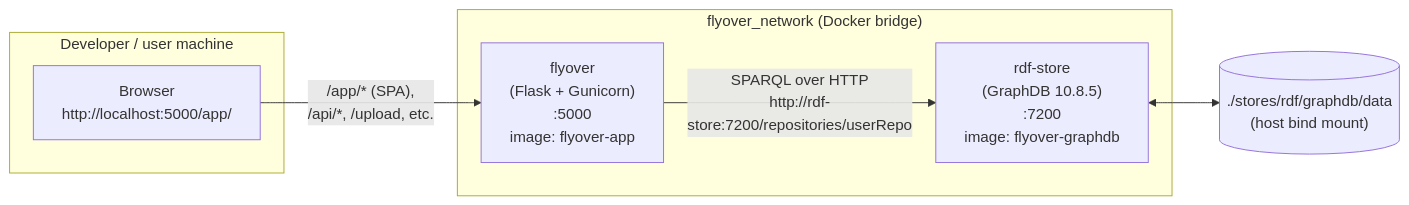
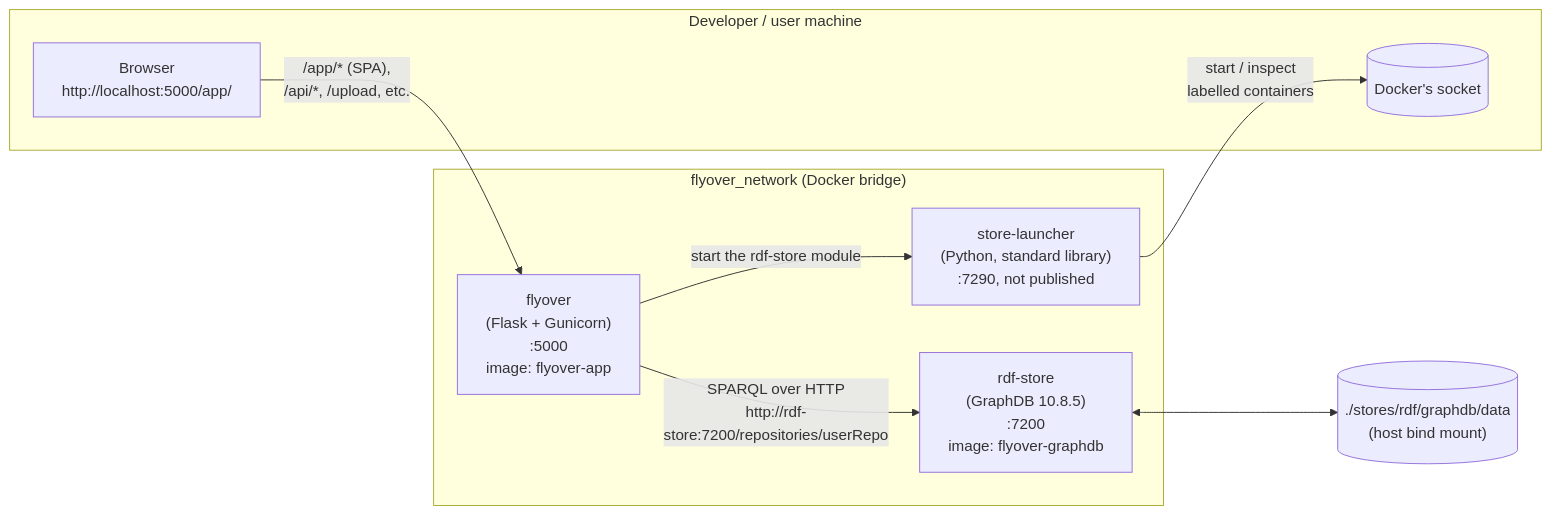
Before and after one commit to MaastrichtU-CDS/Flyover: the first of 3 diagrams in docs/architecture.md, drawn with Mermaid. The commit also changed other lines of this file and 16 other files, not shown here.

````diff
--- a/docs/architecture.md
+++ b/docs/architecture.md
@@ -9,14 +9,18 @@
 ```mermaid
 flowchart LR
     subgraph host["Developer / user machine"]
         browser["Browser<br/>http://localhost:5000/app/"]
+        docker[("Docker's socket")]
     end
     subgraph net["flyover_network (Docker bridge)"]
         flyover["flyover<br/>(Flask + Gunicorn)<br/>:5000<br/>image: flyover-app"]
+        launcher["store-launcher<br/>(Python, standard library)<br/>:7290, not published"]
         rdfstore["rdf-store<br/>(GraphDB 10.8.5)<br/>:7200<br/>image: flyover-graphdb"]
     end
     bind[("./stores/rdf/graphdb/data<br/>(host bind mount)")]
     browser -- "/app/* (SPA),<br/>/api/*, /upload, etc." --> flyover
     flyover -- "SPARQL over HTTP<br/>http://rdf-store:7200/repositories/userRepo" --> rdfstore
+    flyover -- "start the rdf-store module" --> launcher
+    launcher -- "start / inspect<br/>labelled containers" --> docker
     rdfstore <--> bind
 ```
````
